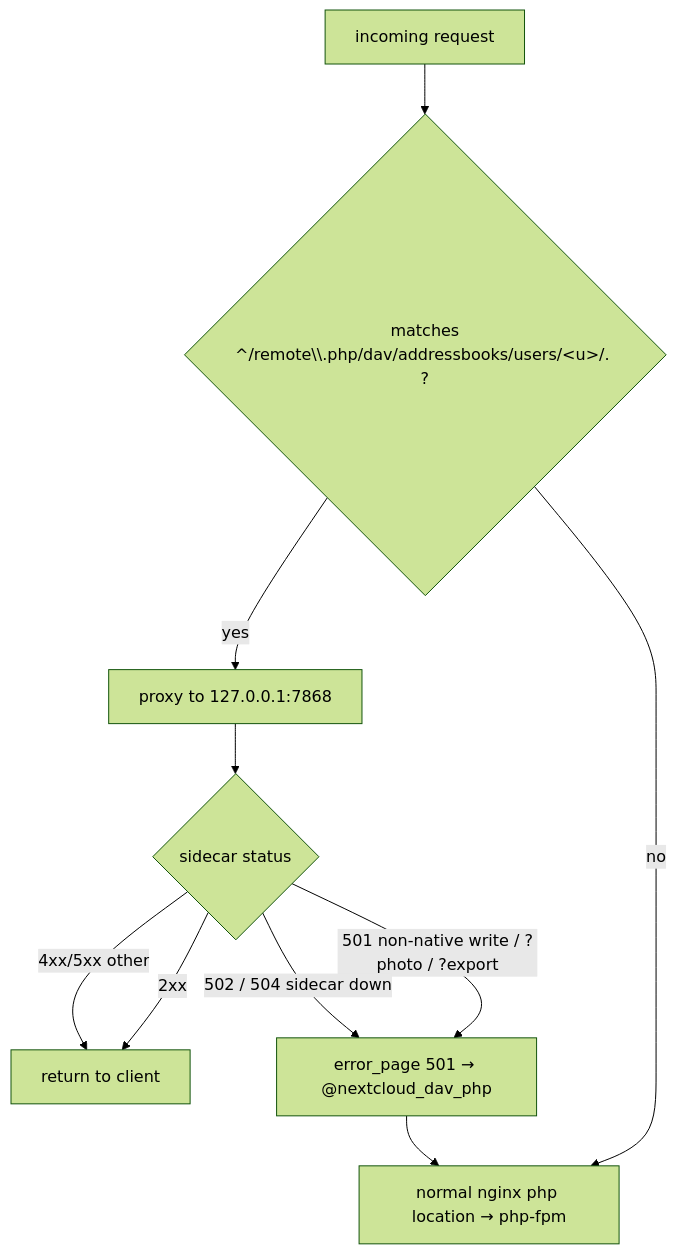
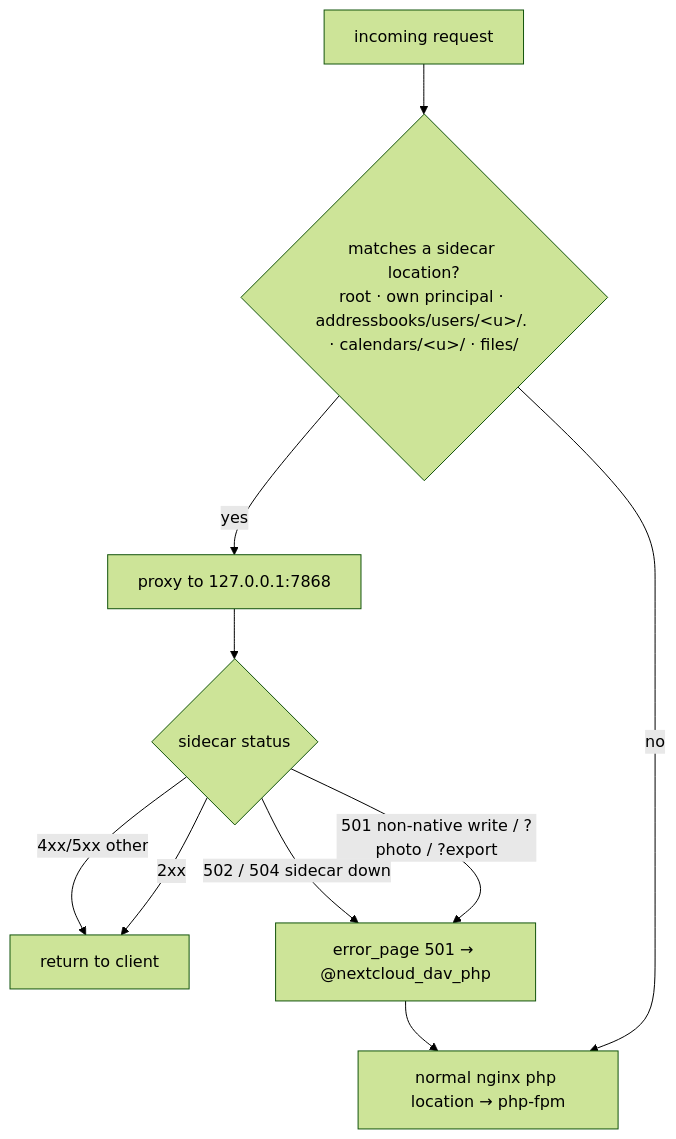
One commit to aviallon/nextcloud-dav changed the third of 15 diagrams in docs/ARCHITECTURE.md. Above: the diagram before and after it, drawn with Mermaid (forest theme). The commit also changed other lines of this file and 1 other file, not shown here.

First line of the commit message:
docs: sync README and ARCHITECTURE with the as-built surface

````diff
--- a/docs/ARCHITECTURE.md
+++ b/docs/ARCHITECTURE.md
@@ -103,13 +111,13 @@
 ```mermaid
 flowchart TD
-  R[incoming request] --> Q{matches<br/>^/remote\\.php/dav/addressbooks/users/&lt;u&gt;/. ?}
+  R[incoming request] --> Q{matches a sidecar location?<br/>root · own principal · addressbooks/users/&lt;u&gt;/. · calendars/&lt;u&gt;/ · files/}
   Q -- yes --> RS[proxy to 127.0.0.1:7868]
   Q -- no --> PHP[normal nginx php location → php-fpm]
 
   RS --> S{sidecar status}
   S -- 2xx --> DONE[return to client]
   S -- 501 non-native write / ?photo / ?export --> FB[error_page 501 → @nextcloud_dav_php]
   S -- 502 / 504 sidecar down --> FB
   S -- 4xx/5xx other --> DONE
   FB --> PHP
 ```
````
